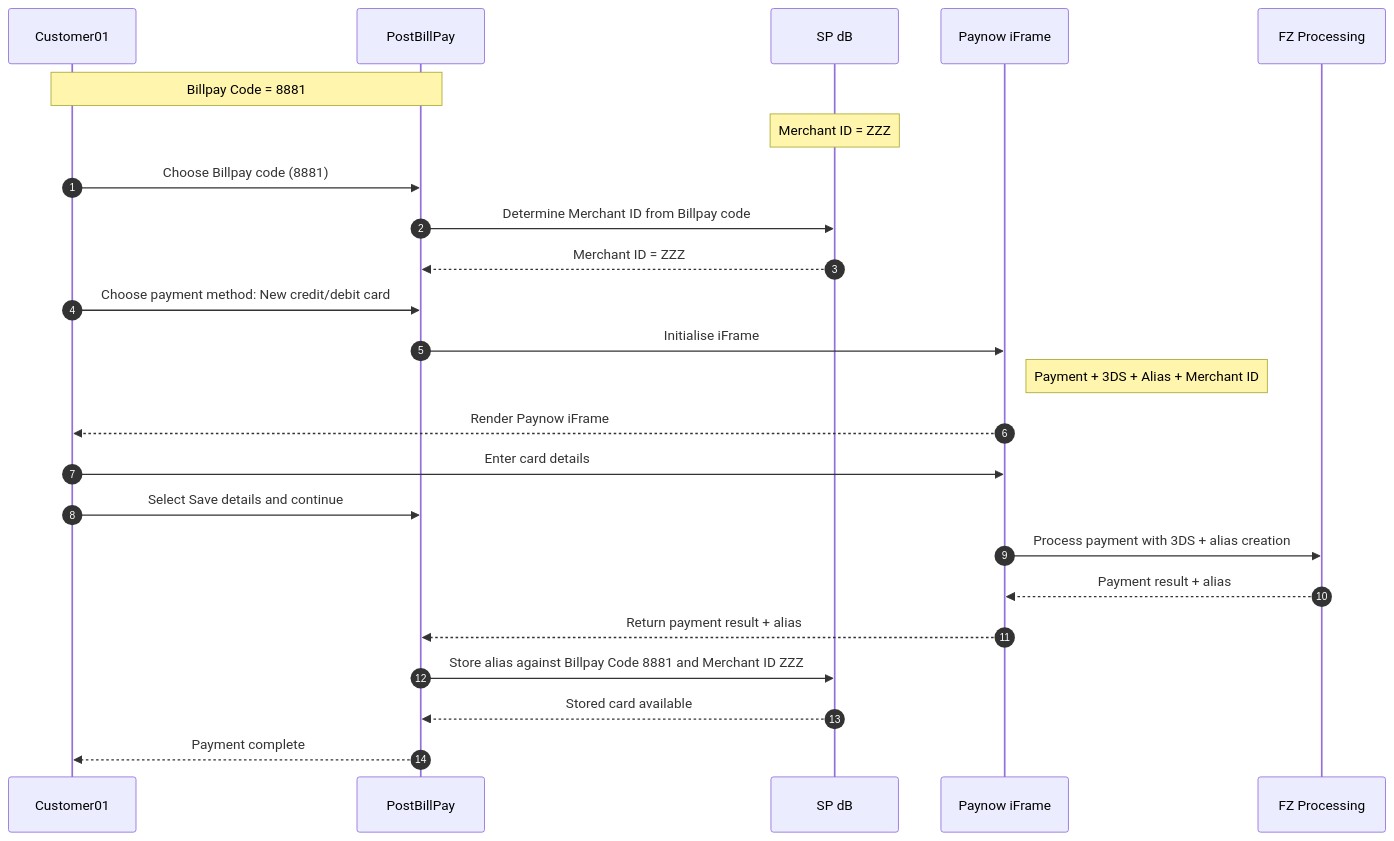
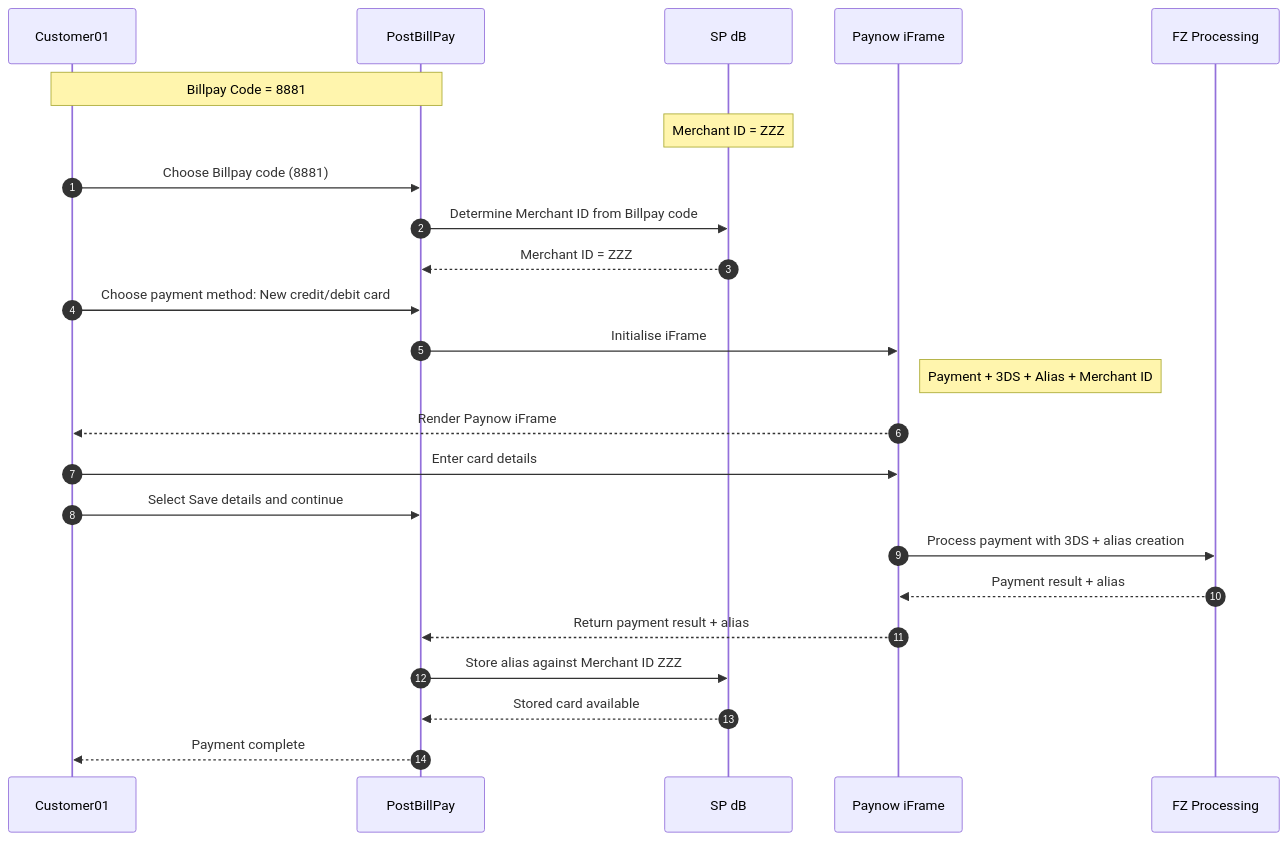
The diagram in postbillpay/stored-card-option1.mmd (stu-woodward/architecture-diagrams), drawn with Mermaid before and after one commit.

Commit message:
Update point 12 wording in stored card flow

```diff
--- a/postbillpay/stored-card-option1.mmd
+++ b/postbillpay/stored-card-option1.mmd
@@ -1,35 +1,35 @@
 sequenceDiagram
     autonumber
 
     participant Customer as Customer01
     participant PBP as PostBillPay
     participant SPDB as SP dB
     participant Paynow as Paynow iFrame
     participant FZ as FZ Processing
 
     Note over Customer,PBP: Billpay Code = 8881
     Note over SPDB: Merchant ID = ZZZ
 
     Customer->>PBP: Choose Billpay code (8881)
     PBP->>SPDB: Determine Merchant ID from Billpay code
     SPDB-->>PBP: Merchant ID = ZZZ
 
     Customer->>PBP: Choose payment method: New credit/debit card
 
     PBP->>Paynow: Initialise iFrame
     Note right of Paynow: Payment + 3DS + Alias + Merchant ID
 
     Paynow-->>Customer: Render Paynow iFrame
 
     Customer->>Paynow: Enter card details
     Customer->>PBP: Select Save details and continue
 
     Paynow->>FZ: Process payment with 3DS + alias creation
     FZ-->>Paynow: Payment result + alias
 
     Paynow-->>PBP: Return payment result + alias
 
-    PBP->>SPDB: Store alias against Billpay Code 8881 and Merchant ID ZZZ
+    PBP->>SPDB: Store alias against Merchant ID ZZZ
     SPDB-->>PBP: Stored card available
 
     PBP-->>Customer: Payment complete
```
